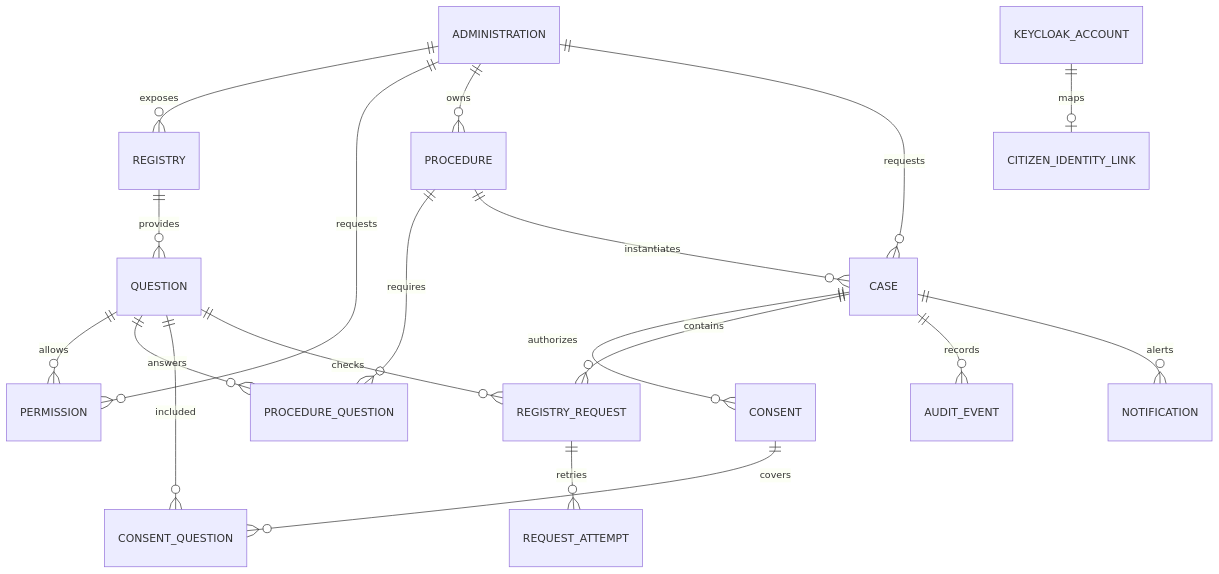
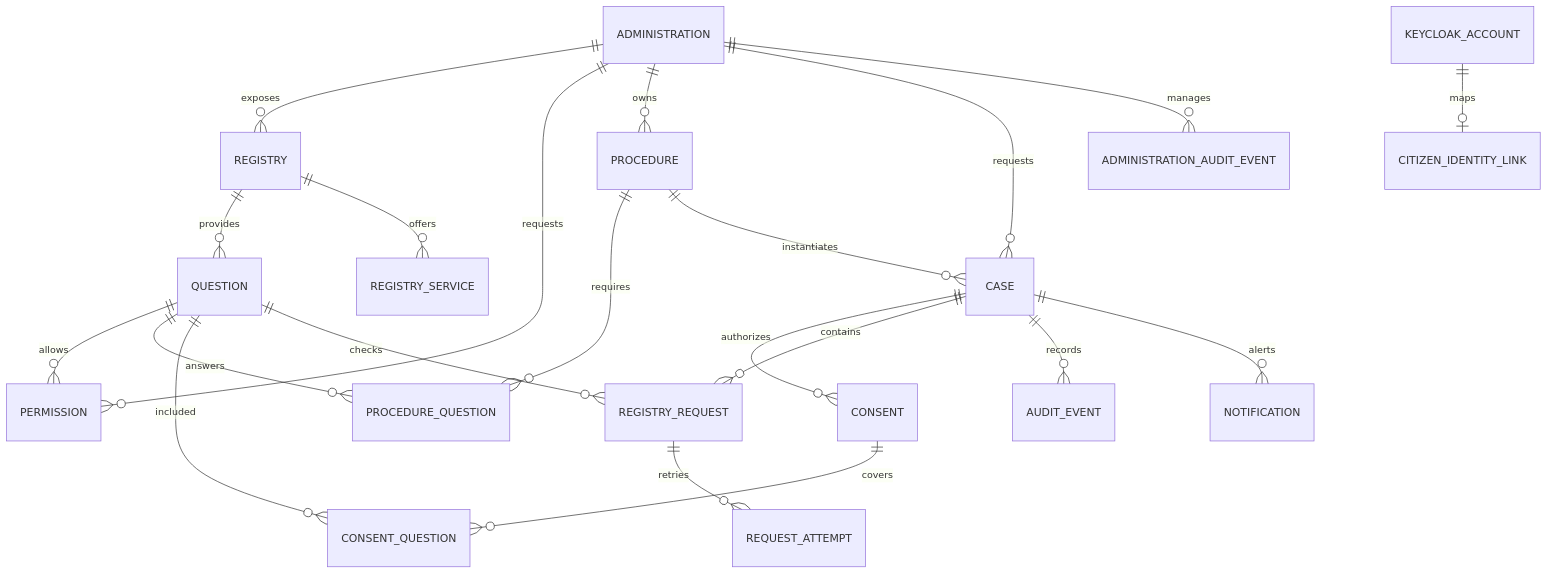
One commit to zbelem001/alpha2ie_sn2026 changed the diagram in docs/database-schema.md. Above: the diagram before and after it, drawn with Mermaid. The commit also changed other lines of this file and 43 other files, not shown here.

````diff
--- a/docs/database-schema.md
+++ b/docs/database-schema.md
@@ -20,21 +20,23 @@
 ```mermaid
 erDiagram
     ADMINISTRATION ||--o{ REGISTRY : exposes
     REGISTRY ||--o{ QUESTION : provides
     ADMINISTRATION ||--o{ PERMISSION : requests
     QUESTION ||--o{ PERMISSION : allows
     ADMINISTRATION ||--o{ PROCEDURE : owns
     PROCEDURE ||--o{ PROCEDURE_QUESTION : requires
     QUESTION ||--o{ PROCEDURE_QUESTION : answers
+    REGISTRY ||--o{ REGISTRY_SERVICE : offers
     PROCEDURE ||--o{ CASE : instantiates
     ADMINISTRATION ||--o{ CASE : requests
     CASE ||--o{ CONSENT : authorizes
     CONSENT ||--o{ CONSENT_QUESTION : covers
     QUESTION ||--o{ CONSENT_QUESTION : included
     CASE ||--o{ REGISTRY_REQUEST : contains
     QUESTION ||--o{ REGISTRY_REQUEST : checks
     REGISTRY_REQUEST ||--o{ REQUEST_ATTEMPT : retries
     CASE ||--o{ AUDIT_EVENT : records
+    ADMINISTRATION ||--o{ ADMINISTRATION_AUDIT_EVENT : manages
     CASE ||--o{ NOTIFICATION : alerts
     KEYCLOAK_ACCOUNT ||--o| CITIZEN_IDENTITY_LINK : maps
 ```
````
